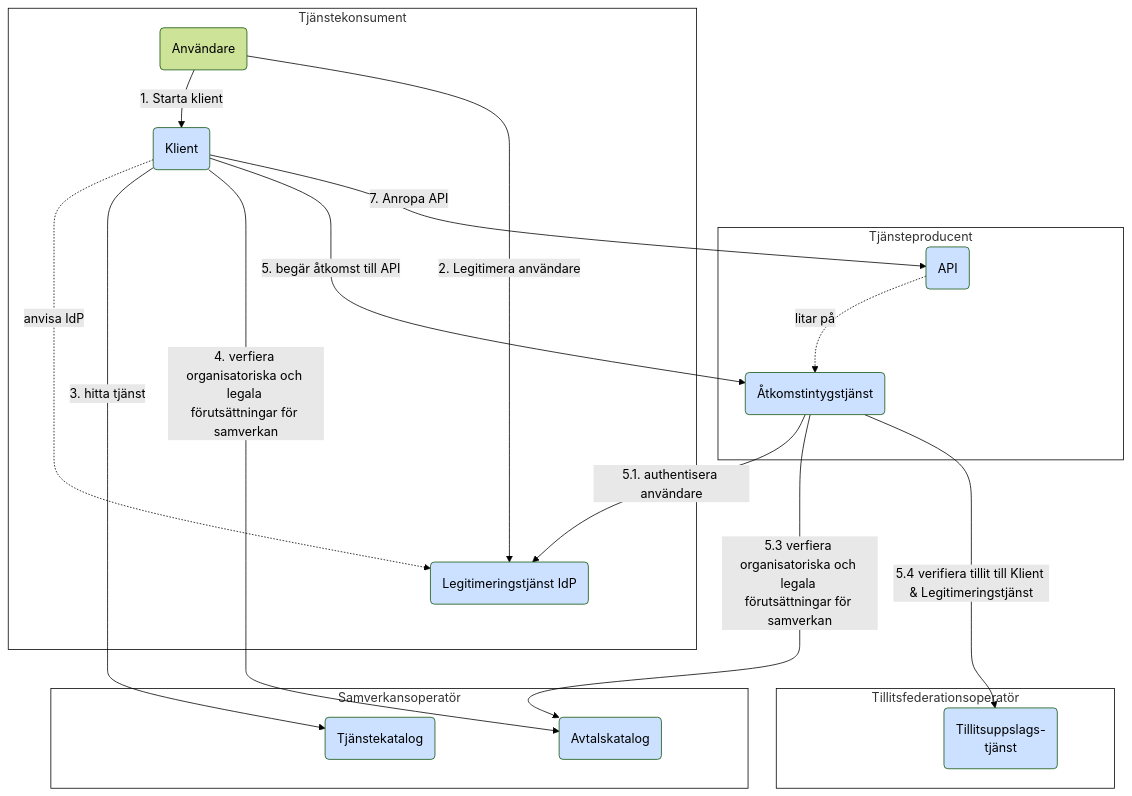
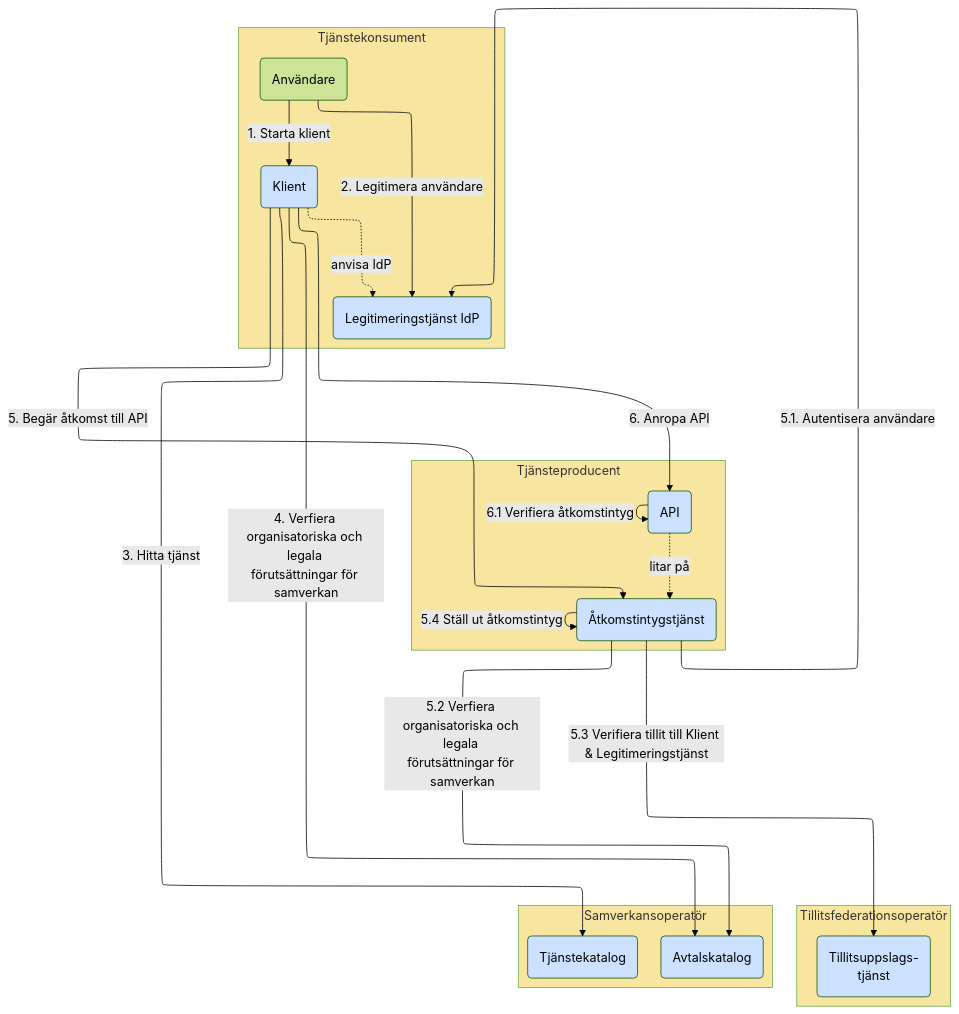
Before and after one commit to diggsweden/ena-authorization: the fourth of 9 diagrams in architecture/drafts/IAM_TargetArchitecture_Sweden.md, drawn with Mermaid (forest theme). The commit also changed other lines of this file, not shown here.

Commit message:
Testar ny mermaid-rendrerare "elk"

````diff
--- a/architecture/drafts/IAM_TargetArchitecture_Sweden.md
+++ b/architecture/drafts/IAM_TargetArchitecture_Sweden.md
@@ -161,43 +165,46 @@
 ```mermaid
+%%{init: {"flowchart": {"defaultRenderer": "elk"}} }%%
 graph 
 classDef org fill:#F8E5A0
 classDef comp fill:#CCE1FF
 classDef box fill:#ffffff,stroke:#000000
 
 subgraph po[Tjänsteproducent]
     p(API):::comp
     as(Åtkomstintygstjänst):::comp
 end
-po:::box
+po:::org
 
 subgraph ss[Tillitsfederationsoperatör]
     t(Tillitsuppslags-<br>tjänst):::comp
 end
-ss:::box
+ss:::org
 
 subgraph so[Samverkansoperatör]
     tk(Tjänstekatalog):::comp
     ak(Avtalskatalog):::comp
 end
-so:::box
+so:::org
 
 subgraph co[Tjänstekonsument]
     idp(Legitimeringstjänst IdP):::comp
     u(Användare)
     c(Klient):::comp
 end
-co:::box
+co:::org
 co & po~~~so & ss
 
 u--<p>1. Starta klient-->c
 u--<p>2. Legitimera användare-->idp
 c-.anvisa IdP.->idp
-c--<p>3. hitta tjänst-->tk
-c--<p>4. verfiera organisatoriska och legala <br>förutsättningar för samverkan-->ak
-c--<p>5. begär åtkomst till API-->as
-as--<p>5.1. authentisera användare-->idp 
-as--<p>5.3 verfiera organisatoriska och legala <br>förutsättningar för samverkan-->ak
-as--<p>5.4 verifiera tillit till Klient & Legitimeringstjänst-->t
-c--<p>7. Anropa API-->p
+c--<p>3. Hitta tjänst-->tk
+c--<p>4. Verfiera organisatoriska och legala <br>förutsättningar för samverkan-->ak
+c--<p>5. Begär åtkomst till API-->as
+as--<p>5.1. Autentisera användare-->idp 
+as--<p>5.2 Verfiera organisatoriska och legala <br>förutsättningar för samverkan-->ak
+as--<p>5.3 Verifiera tillit till Klient & Legitimeringstjänst-->t
+as--<p>5.4 Ställ ut åtkomstintyg-->as
+c--<p>6. Anropa API-->p
+p--<p>6.1 Verifiera åtkomstintyg-->p
 p-.litar på.->as
 ```
````
